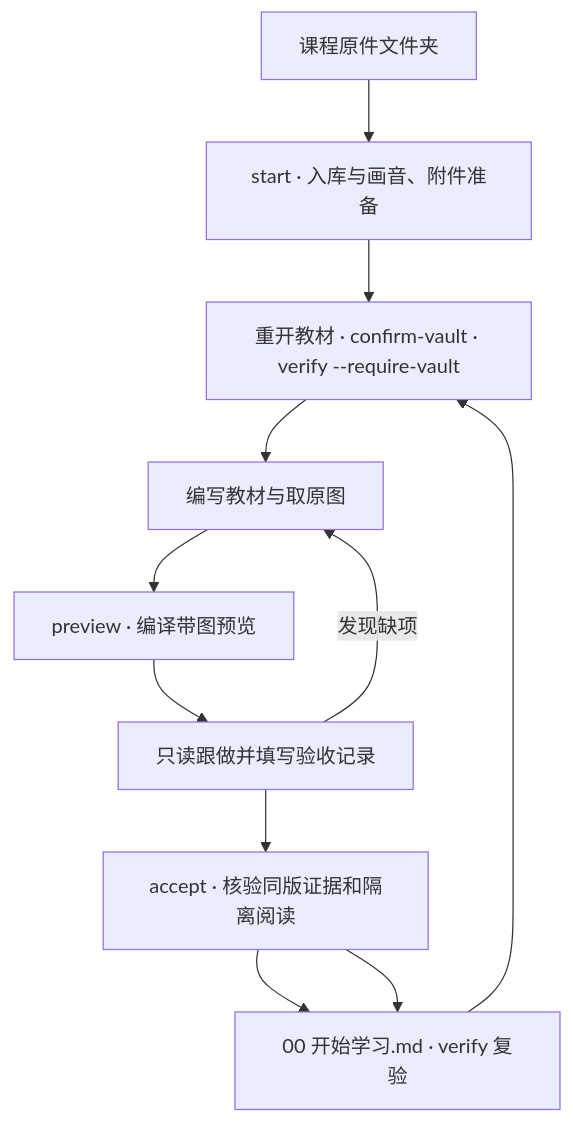
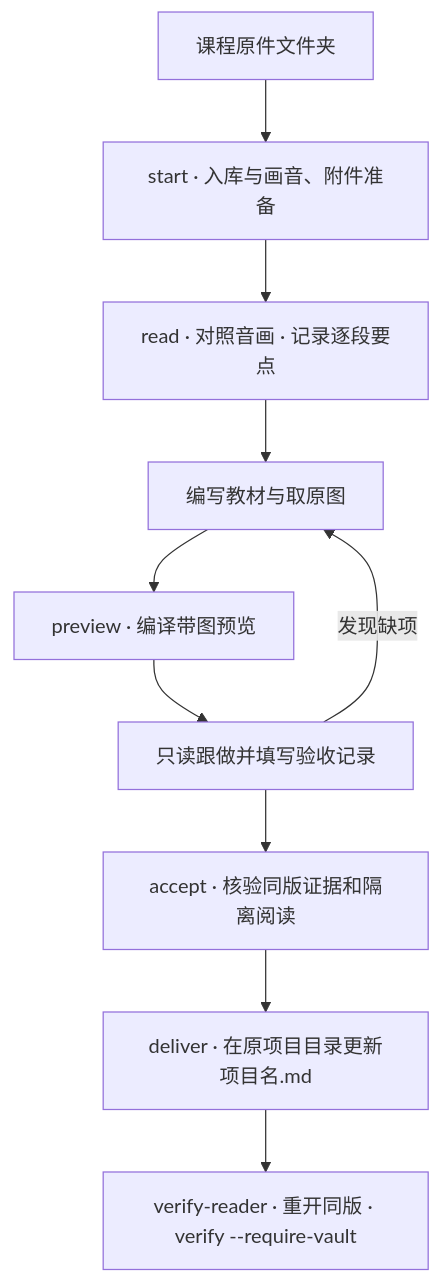
The diagram in docs/课程资料整理与 Obsidian 教材制作手册.md (greywolf8888/worldanalysis), drawn with Mermaid before and after one commit. The commit also changed other lines of this file and 4 other files, not shown here.

```diff
--- a/docs/课程资料整理与 Obsidian 教材制作手册.md
+++ b/docs/课程资料整理与 Obsidian 教材制作手册.md
@@ -7,13 +7,12 @@
 ~~~mermaid
 flowchart TD
     A["课程原件文件夹"] --> B["start · 入库与画音、附件准备"]
-    B --> H["read · 对照音画 · 记录逐段要点"]
-    H --> C["编写教材与取原图"]
+    B --> I["read · 对照音画 · 记录逐段要点"]
+    I --> C["编写教材与取原图"]
     C --> D["preview · 编译带图预览"]
     D --> E["只读跟做并填写验收记录"]
     E --> F["accept · 核验同版证据和隔离阅读"]
-    F --> G["deliver · 更新日常 Obsidian 库的原入口"]
-    G --> H["重开教材 · confirm-vault · verify --require-vault"]
-    F --> G["00 开始学习.md · verify 复验"]
+    F --> G["deliver · 在原项目目录更新项目名.md"]
+    G --> H["verify-reader · 重开同版 · verify --require-vault"]
     E -->|发现缺项| C
 ~~~
```
